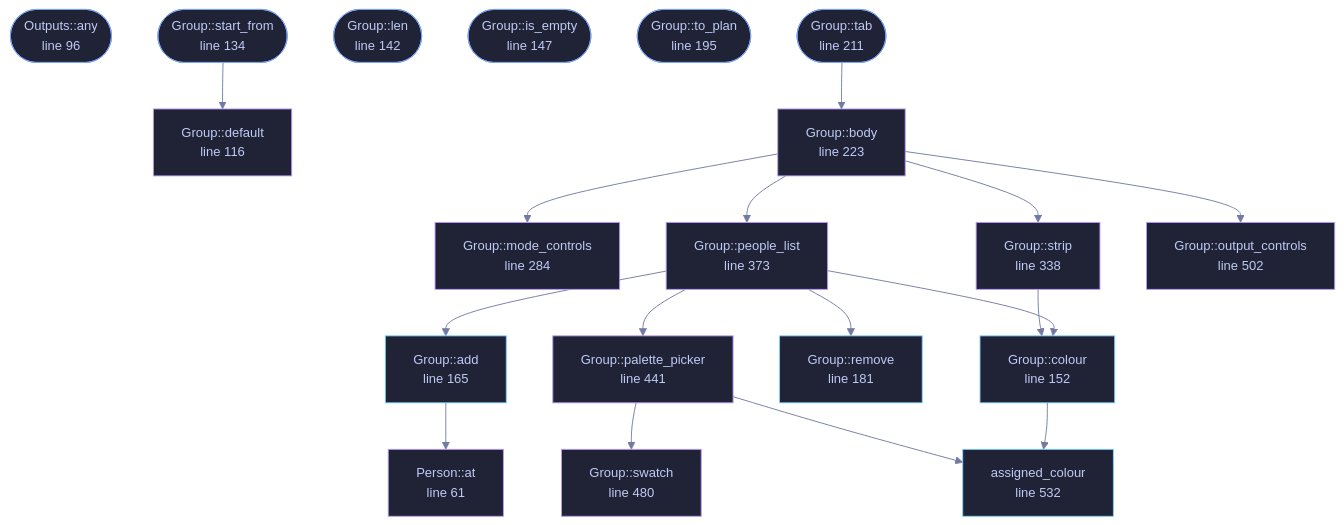
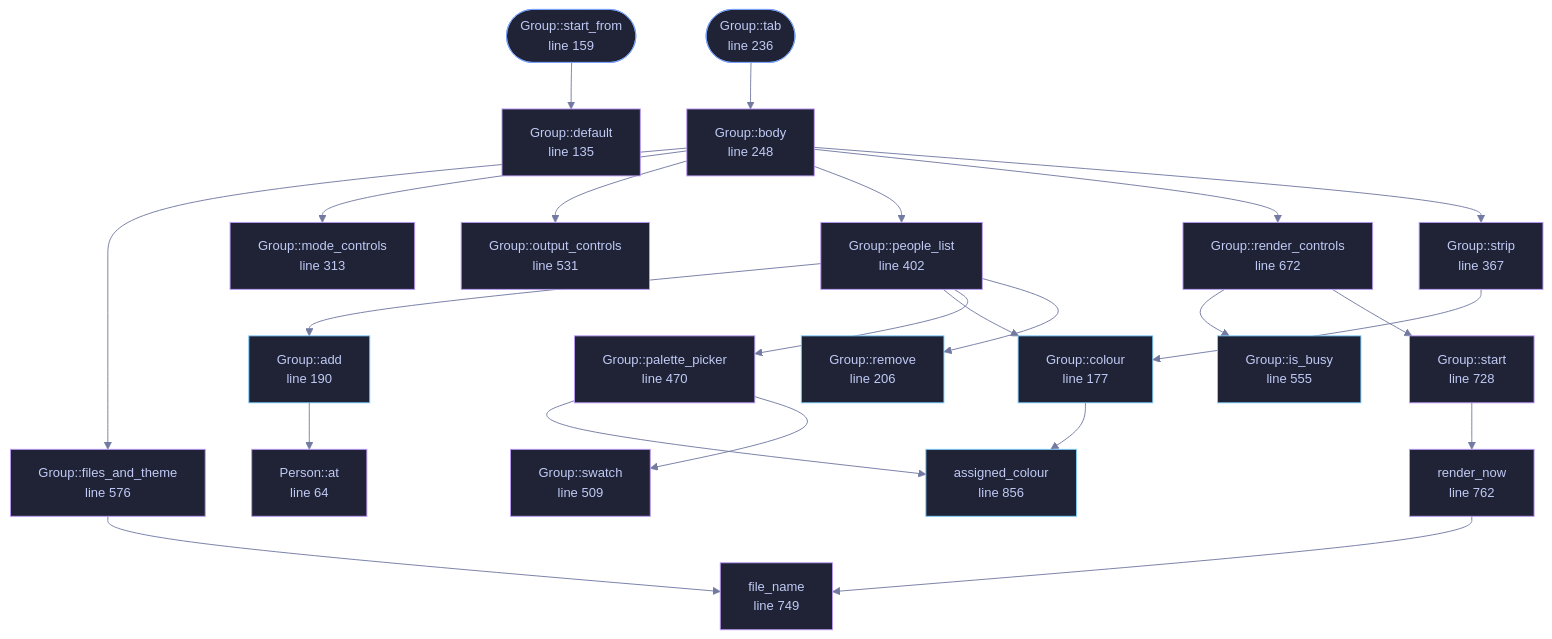
One commit to tilas01/veilvoice changed the diagram in wiki/File-veilvoice-gui-group.md. Above: the diagram before and after it, drawn with Mermaid. The commit also changed other lines of this file and 44 other files, not shown here.

First line of the commit message:
group: the tab renders, and its names cannot land in a wrong voice

````diff
--- a/wiki/File-veilvoice-gui-group.md
+++ b/wiki/File-veilvoice-gui-group.md
@@ -91,65 +94,76 @@
 ```mermaid
 %%{init: {"theme":"base","themeVariables":{"background":"#1a1b26","primaryColor":"#1f2335","primaryTextColor":"#c0caf5","primaryBorderColor":"#7aa2f7","secondaryColor":"#16161e","tertiaryColor":"#16161e","lineColor":"#737aa2","textColor":"#c0caf5","mainBkg":"#1f2335","nodeBorder":"#7aa2f7","clusterBkg":"#16161e","clusterBorder":"#2f3549","fontFamily":"ui-monospace, SFMono-Regular, Consolas, monospace","fontSize":"14px"}}}%%
 flowchart TD
-    n_at["Person::at<br/>line 61"]
-    n_default["Outputs::default<br/>line 85"]
-    n_any(["Outputs::any<br/>line 96"])
-    n_default["Group::default<br/>line 116"]
-    n_start_from(["Group::start_from<br/>line 134"])
-    n_len(["Group::len<br/>line 142"])
-    n_is_empty(["Group::is_empty<br/>line 147"])
-    n_colour["Group::colour<br/>line 152"]
-    n_add["Group::add<br/>line 165"]
-    n_remove["Group::remove<br/>line 181"]
-    n_to_plan(["Group::to_plan<br/>line 195"])
-    n_tab(["Group::tab<br/>line 211"])
-    n_body["Group::body<br/>line 223"]
-    n_mode_controls["Group::mode_controls<br/>line 284"]
-    n_strip["Group::strip<br/>line 338"]
-    n_people_list["Group::people_list<br/>line 373"]
-    n_palette_picker["Group::palette_picker<br/>line 441"]
-    n_swatch["Group::swatch<br/>line 480"]
-    n_output_controls["Group::output_controls<br/>line 502"]
-    n_assigned_colour["assigned_colour<br/>line 532"]
+    n_at["Person::at<br/>line 64"]
+    n_default["Outputs::default<br/>line 88"]
+    n_default["Group::default<br/>line 135"]
+    n_start_from(["Group::start_from<br/>line 159"])
+    n_colour["Group::colour<br/>line 177"]
+    n_add["Group::add<br/>line 190"]
+    n_remove["Group::remove<br/>line 206"]
+    n_tab(["Group::tab<br/>line 236"])
+    n_body["Group::body<br/>line 248"]
+    n_mode_controls["Group::mode_controls<br/>line 313"]
+    n_strip["Group::strip<br/>line 367"]
+    n_people_list["Group::people_list<br/>line 402"]
+    n_palette_picker["Group::palette_picker<br/>line 470"]
+    n_swatch["Group::swatch<br/>line 509"]
+    n_output_controls["Group::output_controls<br/>line 531"]
+    n_is_busy["Group::is_busy<br/>line 555"]
+    n_files_and_theme["Group::files_and_theme<br/>line 576"]
+    n_render_controls["Group::render_controls<br/>line 672"]
+    n_start["Group::start<br/>line 728"]
+    n_file_name["file_name<br/>line 749"]
+    n_render_now["render_now<br/>line 762"]
+    n_assigned_colour["assigned_colour<br/>line 856"]
     n_add --> n_at
+    n_body --> n_files_and_theme
     n_body --> n_mode_controls
     n_body --> n_output_controls
     n_body --> n_people_list
+    n_body --> n_render_controls
     n_body --> n_strip
     n_colour --> n_assigned_colour
+    n_files_and_theme --> n_file_name
     n_palette_picker --> n_assigned_colour
     n_palette_picker --> n_swatch
     n_people_list --> n_add
     n_people_list --> n_colour
     n_people_list --> n_palette_picker
     n_people_list --> n_remove
+    n_render_controls --> n_is_busy
+    n_render_controls --> n_start
+    n_render_now --> n_file_name
+    n_start --> n_render_now
     n_start_from --> n_default
     n_strip --> n_colour
     n_tab --> n_body
-    click n_at href "https://github.com/tilas01/veilvoice/blob/main/crates/veilvoice-gui/src/group.rs#L61" "open the source"
-    click n_default href "https://github.com/tilas01/veilvoice/blob/main/crates/veilvoice-gui/src/group.rs#L85" "open the source"
-    click n_any href "https://github.com/tilas01/veilvoice/blob/main/crates/veilvoice-gui/src/group.rs#L96" "open the source"
-    click n_default href "https://github.com/tilas01/veilvoice/blob/main/crates/veilvoice-gui/src/group.rs#L116" "open the source"
-    click n_start_from href "https://github.com/tilas01/veilvoice/blob/main/crates/veilvoice-gui/src/group.rs#L134" "open the source"
-    click n_len href "https://github.com/tilas01/veilvoice/blob/main/crates/veilvoice-gui/src/group.rs#L142" "open the source"
-    click n_is_empty href "https://github.com/tilas01/veilvoice/blob/main/crates/veilvoice-gui/src/group.rs#L147" "open the source"
-    click n_colour href "https://github.com/tilas01/veilvoice/blob/main/crates/veilvoice-gui/src/group.rs#L152" "open the source"
-    click n_add href "https://github.com/tilas01/veilvoice/blob/main/crates/veilvoice-gui/src/group.rs#L165" "open the source"
-    click n_remove href "https://github.com/tilas01/veilvoice/blob/main/crates/veilvoice-gui/src/group.rs#L181" "open the source"
-    click n_to_plan href "https://github.com/tilas01/veilvoice/blob/main/crates/veilvoice-gui/src/group.rs#L195" "open the source"
-    click n_tab href "https://github.com/tilas01/veilvoice/blob/main/crates/veilvoice-gui/src/group.rs#L211" "open the source"
-    click n_body href "https://github.com/tilas01/veilvoice/blob/main/crates/veilvoice-gui/src/group.rs#L223" "open the source"
-    click n_mode_controls href "https://github.com/tilas01/veilvoice/blob/main/crates/veilvoice-gui/src/group.rs#L284" "open the source"
-    click n_strip href "https://github.com/tilas01/veilvoice/blob/main/crates/veilvoice-gui/src/group.rs#L338" "open the source"
-    click n_people_list href "https://github.com/tilas01/veilvoice/blob/main/crates/veilvoice-gui/src/group.rs#L373" "open the source"
-    click n_palette_picker href "https://github.com/tilas01/veilvoice/blob/main/crates/veilvoice-gui/src/group.rs#L441" "open the source"
-    click n_swatch href "https://github.com/tilas01/veilvoice/blob/main/crates/veilvoice-gui/src/group.rs#L480" "open the source"
-    click n_output_controls href "https://github.com/tilas01/veilvoice/blob/main/crates/veilvoice-gui/src/group.rs#L502" "open the source"
-    click n_assigned_colour href "https://github.com/tilas01/veilvoice/blob/main/crates/veilvoice-gui/src/group.rs#L532" "open the source"
+    click n_at href "https://github.com/tilas01/veilvoice/blob/main/crates/veilvoice-gui/src/group.rs#L64" "open the source"
+    click n_default href "https://github.com/tilas01/veilvoice/blob/main/crates/veilvoice-gui/src/group.rs#L88" "open the source"
+    click n_default href "https://github.com/tilas01/veilvoice/blob/main/crates/veilvoice-gui/src/group.rs#L135" "open the source"
+    click n_start_from href "https://github.com/tilas01/veilvoice/blob/main/crates/veilvoice-gui/src/group.rs#L159" "open the source"
+    click n_colour href "https://github.com/tilas01/veilvoice/blob/main/crates/veilvoice-gui/src/group.rs#L177" "open the source"
+    click n_add href "https://github.com/tilas01/veilvoice/blob/main/crates/veilvoice-gui/src/group.rs#L190" "open the source"
+    click n_remove href "https://github.com/tilas01/veilvoice/blob/main/crates/veilvoice-gui/src/group.rs#L206" "open the source"
+    click n_tab href "https://github.com/tilas01/veilvoice/blob/main/crates/veilvoice-gui/src/group.rs#L236" "open the source"
+    click n_body href "https://github.com/tilas01/veilvoice/blob/main/crates/veilvoice-gui/src/group.rs#L248" "open the source"
+    click n_mode_controls href "https://github.com/tilas01/veilvoice/blob/main/crates/veilvoice-gui/src/group.rs#L313" "open the source"
+    click n_strip href "https://github.com/tilas01/veilvoice/blob/main/crates/veilvoice-gui/src/group.rs#L367" "open the source"
+    click n_people_list href "https://github.com/tilas01/veilvoice/blob/main/crates/veilvoice-gui/src/group.rs#L402" "open the source"
+    click n_palette_picker href "https://github.com/tilas01/veilvoice/blob/main/crates/veilvoice-gui/src/group.rs#L470" "open the source"
+    click n_swatch href "https://github.com/tilas01/veilvoice/blob/main/crates/veilvoice-gui/src/group.rs#L509" "open the source"
+    click n_output_controls href "https://github.com/tilas01/veilvoice/blob/main/crates/veilvoice-gui/src/group.rs#L531" "open the source"
+    click n_is_busy href "https://github.com/tilas01/veilvoice/blob/main/crates/veilvoice-gui/src/group.rs#L555" "open the source"
+    click n_files_and_theme href "https://github.com/tilas01/veilvoice/blob/main/crates/veilvoice-gui/src/group.rs#L576" "open the source"
+    click n_render_controls href "https://github.com/tilas01/veilvoice/blob/main/crates/veilvoice-gui/src/group.rs#L672" "open the source"
+    click n_start href "https://github.com/tilas01/veilvoice/blob/main/crates/veilvoice-gui/src/group.rs#L728" "open the source"
+    click n_file_name href "https://github.com/tilas01/veilvoice/blob/main/crates/veilvoice-gui/src/group.rs#L749" "open the source"
+    click n_render_now href "https://github.com/tilas01/veilvoice/blob/main/crates/veilvoice-gui/src/group.rs#L762" "open the source"
+    click n_assigned_colour href "https://github.com/tilas01/veilvoice/blob/main/crates/veilvoice-gui/src/group.rs#L856" "open the source"
     classDef entry fill:#1f2335,stroke:#7aa2f7,color:#c0caf5
-    class n_any,n_start_from,n_len,n_is_empty,n_to_plan,n_tab entry
+    class n_start_from,n_tab entry
     classDef api fill:#1f2335,stroke:#7dcfff,color:#c0caf5
-    class n_colour,n_add,n_remove,n_assigned_colour api
+    class n_colour,n_add,n_remove,n_is_busy,n_assigned_colour api
     classDef helper fill:#1f2335,stroke:#bb9af7,color:#c0caf5
-    class n_at,n_default,n_default,n_body,n_mode_controls,n_strip,n_people_list,n_palette_picker,n_swatch,n_output_controls helper
+    class n_at,n_default,n_default,n_body,n_mode_controls,n_strip,n_people_list,n_palette_picker,n_swatch,n_output_controls,n_files_and_theme,n_render_controls,n_start,n_file_name,n_render_now helper
 ```
````
